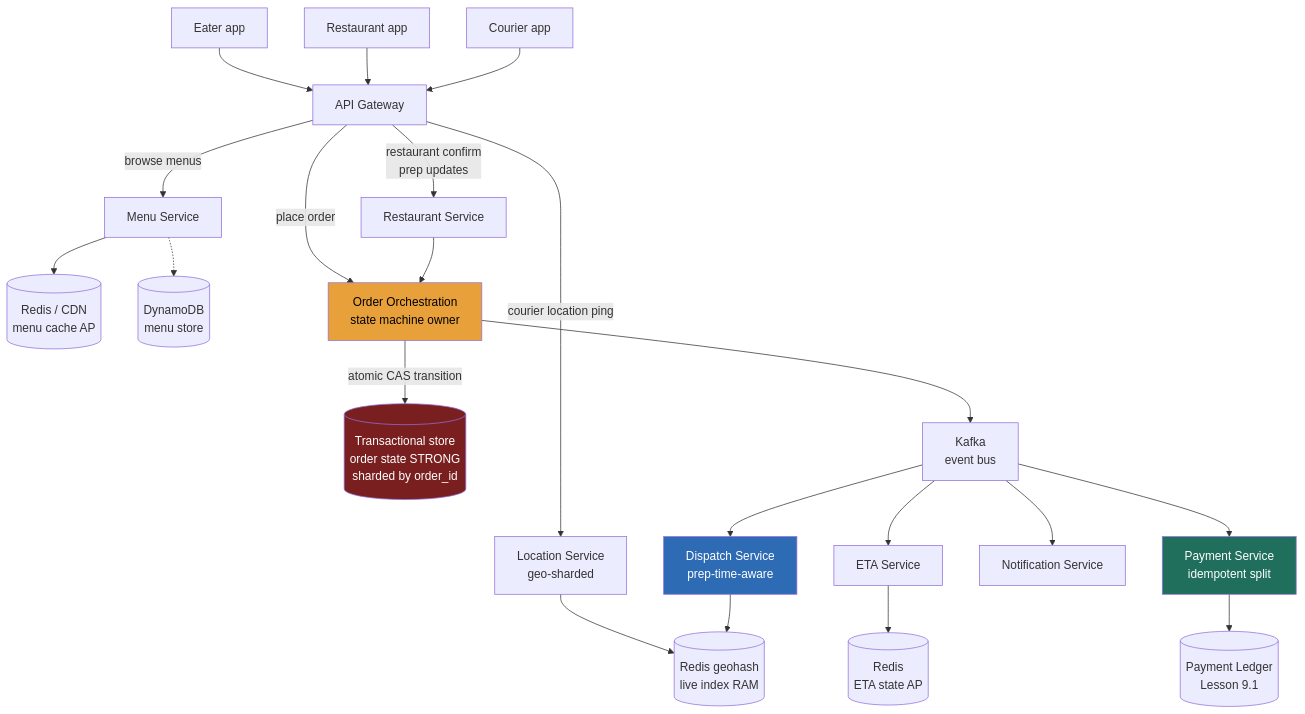
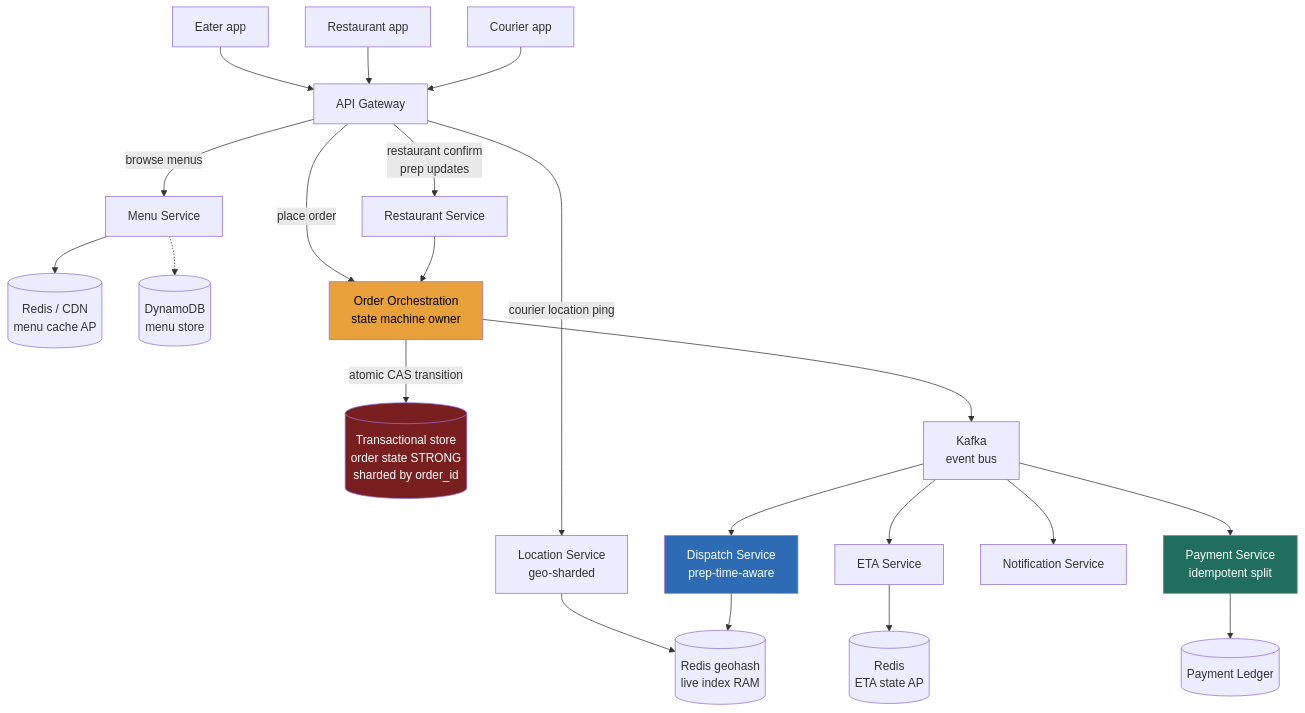
The first of 2 diagrams in src/content/docs/module-9/lesson-9-5.md (hkrathore/sysdesign-course), drawn with Mermaid before and after one commit. The commit also changed other lines of this file and 146 other files, not shown here.

````diff
--- a/src/content/docs/module-9/lesson-9-5.md
+++ b/src/content/docs/module-9/lesson-9-5.md
@@ -126,34 +126,34 @@
 ```mermaid
 flowchart TB
     EATER["Eater app"] --> GW["API Gateway"]
     REST_APP["Restaurant app"] --> GW
     COURIER_APP["Courier app"] --> GW
 
     GW -->|"browse menus"| MENU["Menu Service"]
     MENU --> MENU_CACHE[("Redis / CDN<br/>menu cache AP")]
     MENU -.-> MENU_DB[("DynamoDB<br/>menu store")]
 
     GW -->|"place order"| ORCH["Order Orchestration<br/>state machine owner"]
     ORCH -->|"atomic CAS transition"| ORDER_DB[("Transactional store<br/>order state STRONG<br/>sharded by order_id")]
     ORCH --> BUS["Kafka<br/>event bus"]
 
     GW -->|"restaurant confirm<br/>prep updates"| REST_SVC["Restaurant Service"]
     REST_SVC --> ORCH
 
     BUS --> DISPATCH["Dispatch Service<br/>prep-time-aware"]
     BUS --> ETA_SVC["ETA Service"]
     BUS --> PAY["Payment Service<br/>idempotent split"]
     BUS --> NOTIFY["Notification Service"]
 
     GW -->|"courier location ping"| LOC["Location Service<br/>geo-sharded"]
     LOC --> LOC_CACHE[("Redis geohash<br/>live index RAM")]
     DISPATCH --> LOC_CACHE
 
-    PAY --> LEDGER[("Payment Ledger<br/>Lesson 9.1")]
+    PAY --> LEDGER[("Payment Ledger")]
     ETA_SVC --> ETA_CACHE[("Redis<br/>ETA state AP")]
 
     style ORDER_DB fill:#7a1f1f,color:#fff
     style ORCH fill:#e8a13a,color:#000
     style DISPATCH fill:#2d6cb5,color:#fff
     style PAY fill:#1f6f5c,color:#fff
 ```
````
